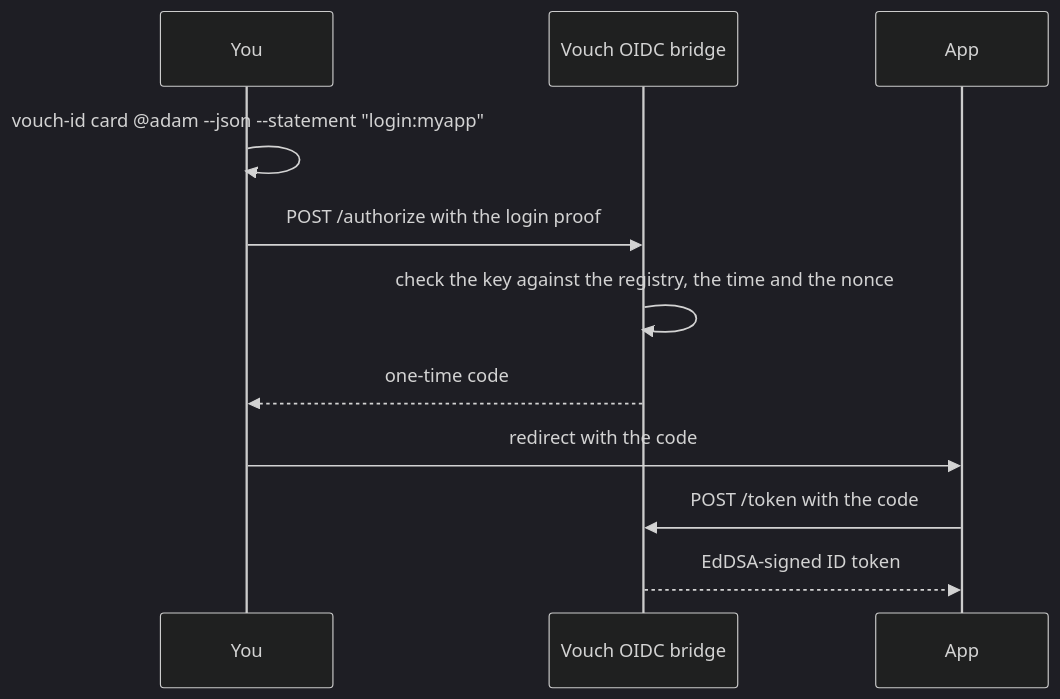
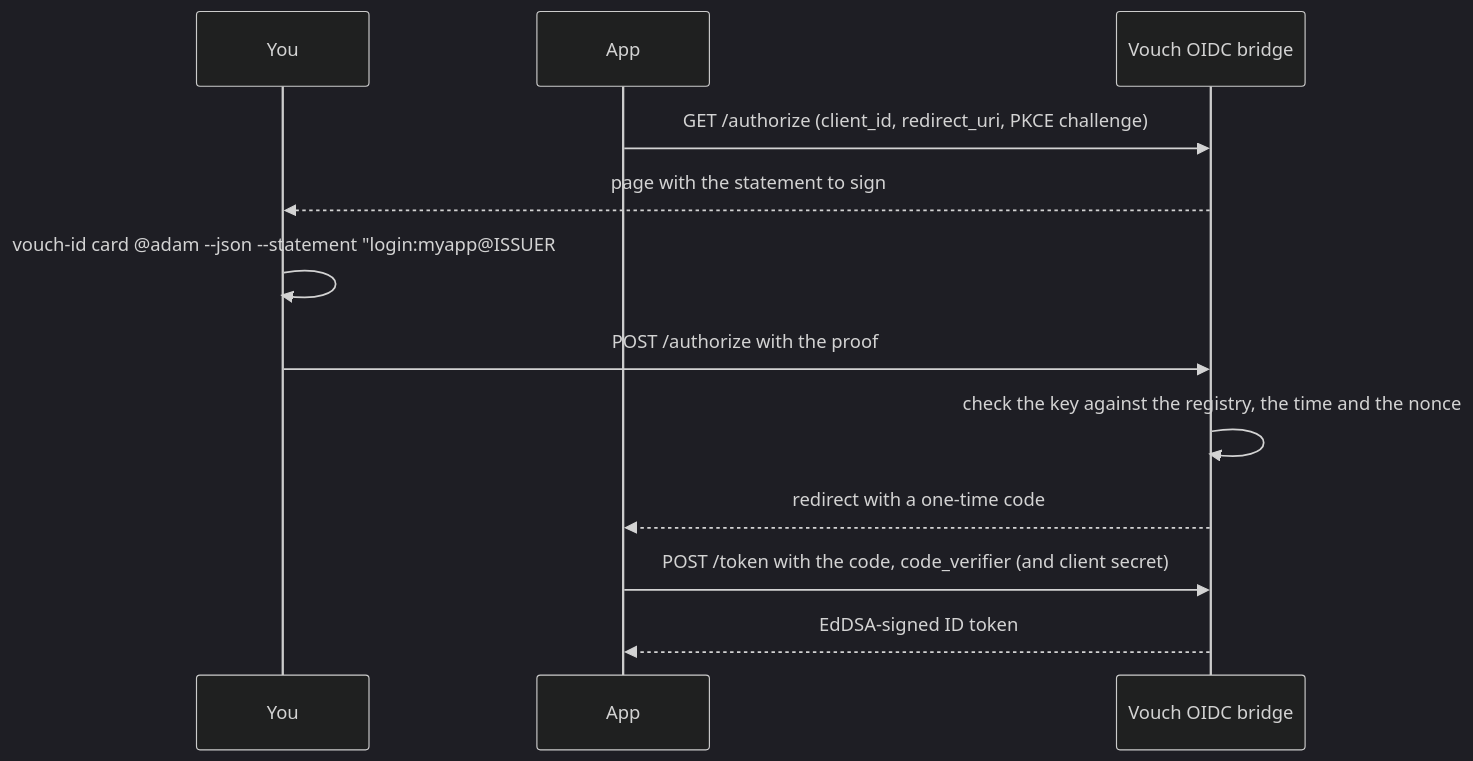
The diagram in docs/login.md (ao3575911/Vouch), drawn with Mermaid (dark theme) before and after one commit. The commit also changed other lines of this file and 13 other files, not shown here.

Commit message:
OIDC bridge: GET /authorize, PKCE, client auth, persistent key

````diff
--- a/docs/login.md
+++ b/docs/login.md
@@ -14,13 +13,14 @@
 ```mermaid
 sequenceDiagram
     participant You
+    participant App
     participant Bridge as Vouch OIDC bridge
-    participant App
-    You->>You: vouch-id card @adam --json --statement "login:myapp"
-    You->>Bridge: POST /authorize with the login proof
+    App->>Bridge: GET /authorize (client_id, redirect_uri, PKCE challenge)
+    Bridge-->>You: page with the statement to sign
+    You->>You: vouch-id card @adam --json --statement "login:myapp@ISSUER#CHALLENGE"
+    You->>Bridge: POST /authorize with the proof
     Bridge->>Bridge: check the key against the registry, the time and the nonce
-    Bridge-->>You: one-time code
-    You->>App: redirect with the code
-    App->>Bridge: POST /token with the code
+    Bridge-->>App: redirect with a one-time code
+    App->>Bridge: POST /token with the code, code_verifier (and client secret)
     Bridge-->>App: EdDSA-signed ID token
 ```
````
